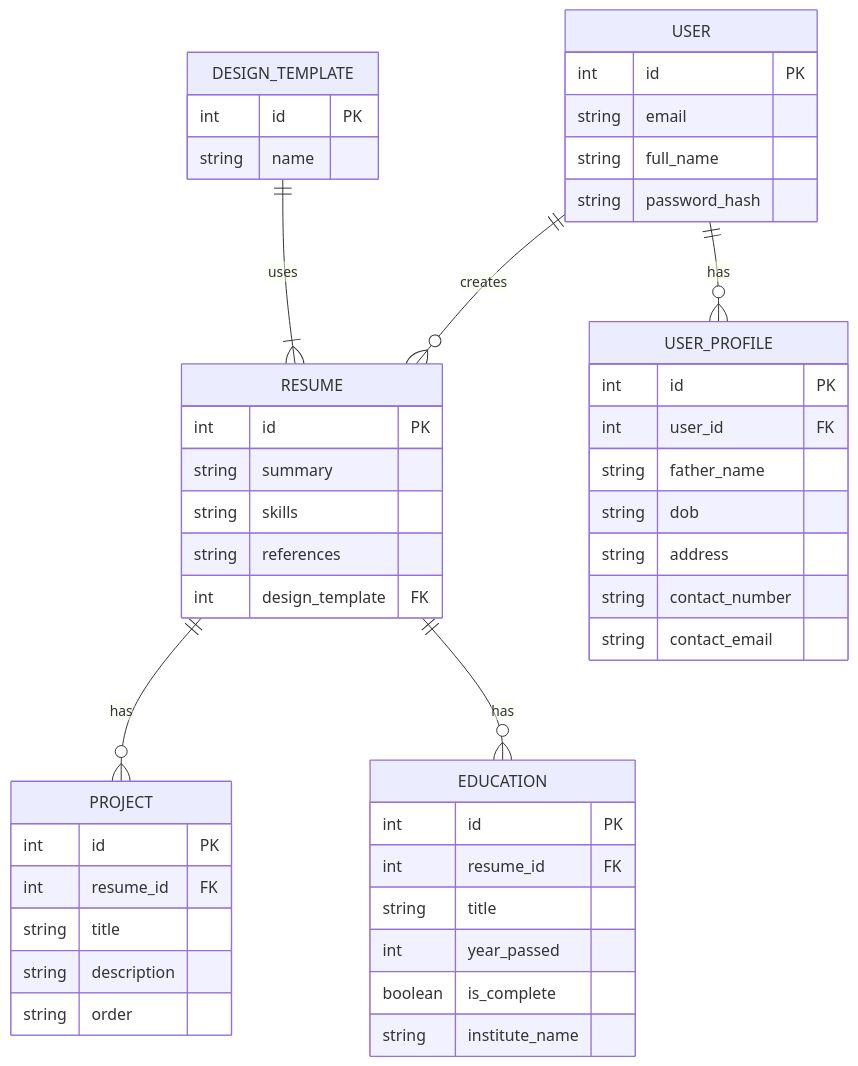
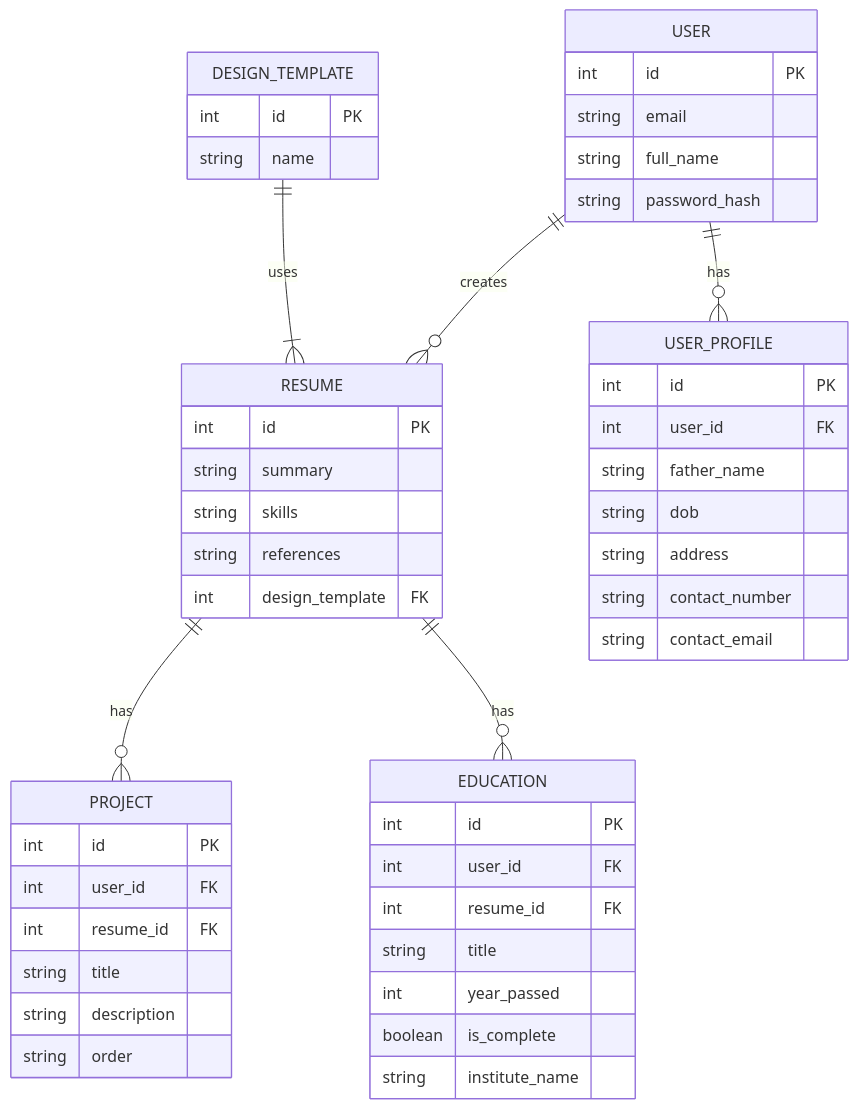
Before and after one commit to krashanu03/DYRO: the diagram in er_diagram.mmd, drawn with Mermaid.

Commit message:
Modified ER diagram as per new model changes.

```diff
--- a/er_diagram.mmd
+++ b/er_diagram.mmd
@@ -1,57 +1,59 @@
 erDiagram
    USER ||--o{ RESUME : creates
    USER ||--o{ USER_PROFILE : has
   
    USER {
        int id PK
        string email
        string full_name
        string password_hash
    }
  
    USER_PROFILE {
        int id PK
        int user_id FK
        string father_name
        string dob
        string address
        string contact_number
        string contact_email
    }
   
    RESUME {
        int id PK
        string summary
        string skills
        string references
        int design_template FK
    }
  
    RESUME ||--o{ PROJECT : has
  
    PROJECT {
        int id PK
+       int user_id FK
        int resume_id FK
        string title
        string description
        string order
    }
  
    RESUME ||--o{ EDUCATION : has
  
    EDUCATION {
        int id PK
+       int user_id FK
        int resume_id FK
        string title
        int year_passed
        boolean is_complete
        string institute_name
    }
  
  
    DESIGN_TEMPLATE {
        int id PK
        string name
    }
  
    DESIGN_TEMPLATE ||--|{ RESUME : uses
```
